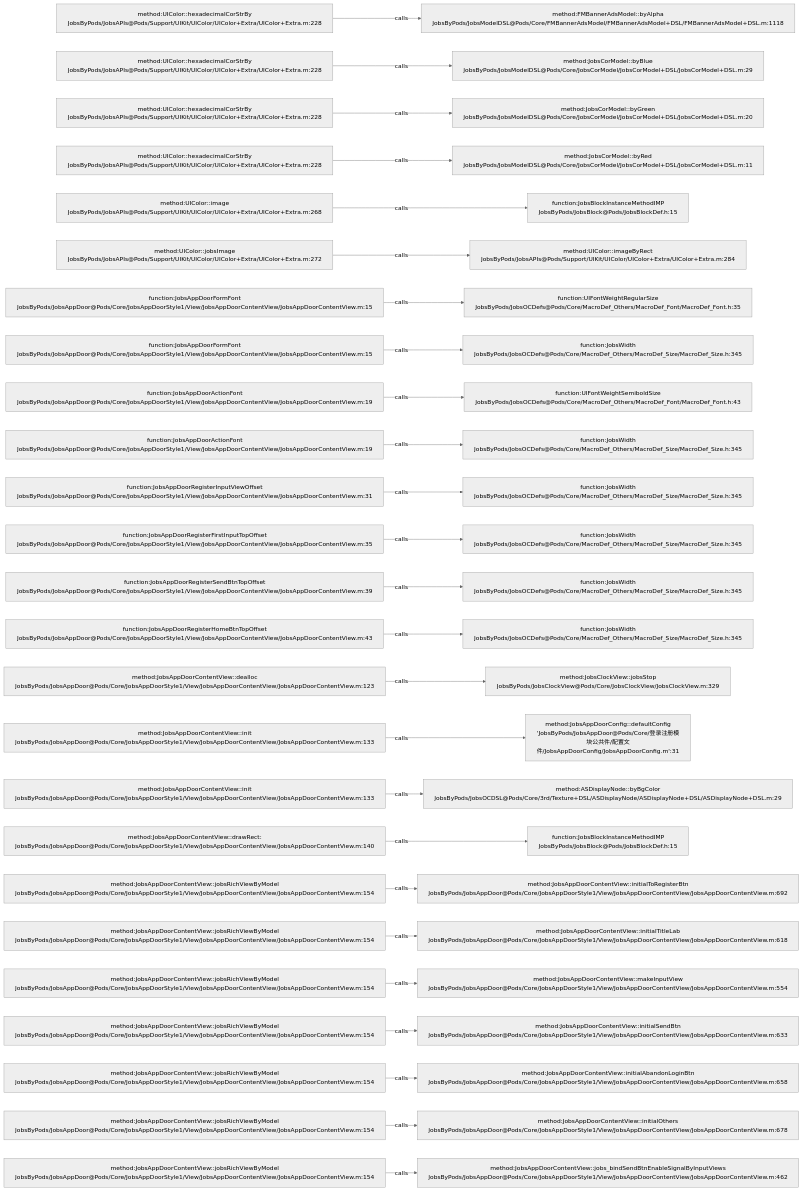
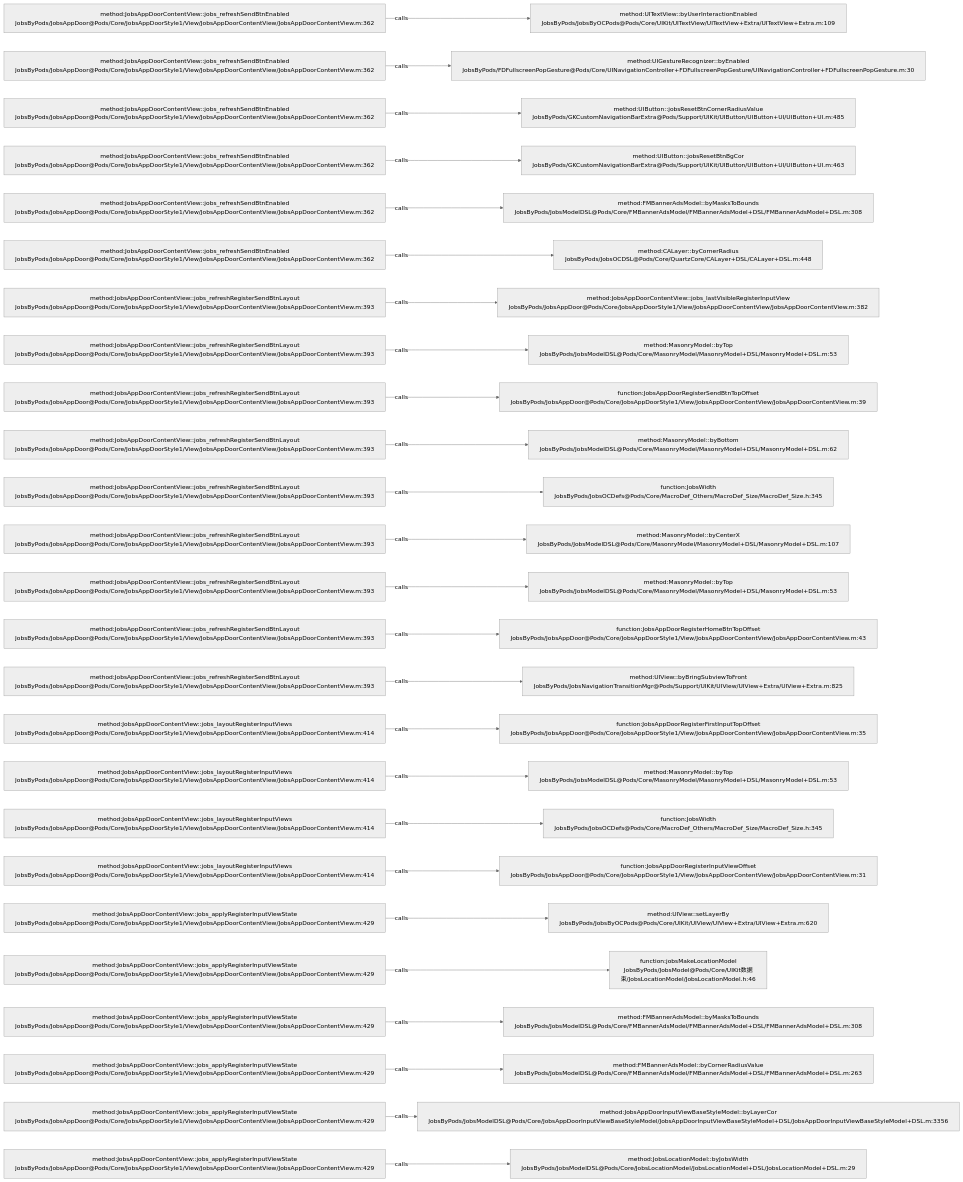
One commit to JobsKits/JobsOCBaseConfigDemo changed the diagram in .codegraph/codegraph.md/graphs/calls-090.md. Above: the diagram before and after it, drawn with Mermaid (neutral theme). The commit also changed 223 other files, not shown here.

````diff
--- a/.codegraph/codegraph.md/graphs/calls-090.md
+++ b/.codegraph/codegraph.md/graphs/calls-090.md
@@ -13,78 +13,78 @@
 ```mermaid
 flowchart LR
-  S1["method:UIColor::hexadecimalCorStrBy<br/>JobsByPods/JobsAPIs@Pods/Support/UIKit/UIColor/UIColor+Extra/UIColor+Extra.m:228"]
-  T1["method:FMBannerAdsModel::byAlpha<br/>JobsByPods/JobsModelDSL@Pods/Core/FMBannerAdsModel/FMBannerAdsModel+DSL/FMBannerAdsModel+DSL.m:1118"]
+  S1["method:JobsAppDoorContentView::jobs_refreshSendBtnEnabled<br/>JobsByPods/JobsAppDoor@Pods/Core/JobsAppDoorStyle1/View/JobsAppDoorContentView/JobsAppDoorContentView.m:362"]
+  T1["method:UITextView::byUserInteractionEnabled<br/>JobsByPods/JobsByOCPods@Pods/Core/UIKit/UITextView/UITextView+Extra/UITextView+Extra.m:109"]
   S1 -->|calls| T1
-  S2["method:UIColor::hexadecimalCorStrBy<br/>JobsByPods/JobsAPIs@Pods/Support/UIKit/UIColor/UIColor+Extra/UIColor+Extra.m:228"]
-  T2["method:JobsCorModel::byBlue<br/>JobsByPods/JobsModelDSL@Pods/Core/JobsCorModel/JobsCorModel+DSL/JobsCorModel+DSL.m:29"]
+  S2["method:JobsAppDoorContentView::jobs_refreshSendBtnEnabled<br/>JobsByPods/JobsAppDoor@Pods/Core/JobsAppDoorStyle1/View/JobsAppDoorContentView/JobsAppDoorContentView.m:362"]
+  T2["method:UIGestureRecognizer::byEnabled<br/>JobsByPods/FDFullscreenPopGesture@Pods/Core/UINavigationController+FDFullscreenPopGesture/UINavigationController+FDFullscreenPopGesture.m:30"]
   S2 -->|calls| T2
-  S3["method:UIColor::hexadecimalCorStrBy<br/>JobsByPods/JobsAPIs@Pods/Support/UIKit/UIColor/UIColor+Extra/UIColor+Extra.m:228"]
-  T3["method:JobsCorModel::byGreen<br/>JobsByPods/JobsModelDSL@Pods/Core/JobsCorModel/JobsCorModel+DSL/JobsCorModel+DSL.m:20"]
+  S3["method:JobsAppDoorContentView::jobs_refreshSendBtnEnabled<br/>JobsByPods/JobsAppDoor@Pods/Core/JobsAppDoorStyle1/View/JobsAppDoorContentView/JobsAppDoorContentView.m:362"]
+  T3["method:UIButton::jobsResetBtnCornerRadiusValue<br/>JobsByPods/GKCustomNavigationBarExtra@Pods/Support/UIKit/UIButton/UIButton+UI/UIButton+UI.m:485"]
   S3 -->|calls| T3
-  S4["method:UIColor::hexadecimalCorStrBy<br/>JobsByPods/JobsAPIs@Pods/Support/UIKit/UIColor/UIColor+Extra/UIColor+Extra.m:228"]
-  T4["method:JobsCorModel::byRed<br/>JobsByPods/JobsModelDSL@Pods/Core/JobsCorModel/JobsCorModel+DSL/JobsCorModel+DSL.m:11"]
+  S4["method:JobsAppDoorContentView::jobs_refreshSendBtnEnabled<br/>JobsByPods/JobsAppDoor@Pods/Core/JobsAppDoorStyle1/View/JobsAppDoorContentView/JobsAppDoorContentView.m:362"]
+  T4["method:UIButton::jobsResetBtnBgCor<br/>JobsByPods/GKCustomNavigationBarExtra@Pods/Support/UIKit/UIButton/UIButton+UI/UIButton+UI.m:463"]
   S4 -->|calls| T4
-  S5["method:UIColor::image<br/>JobsByPods/JobsAPIs@Pods/Support/UIKit/UIColor/UIColor+Extra/UIColor+Extra.m:268"]
-  T5["function:JobsBlockInstanceMethodIMP<br/>JobsByPods/JobsBlock@Pods/JobsBlockDef.h:15"]
+  S5["method:JobsAppDoorContentView::jobs_refreshSendBtnEnabled<br/>JobsByPods/JobsAppDoor@Pods/Core/JobsAppDoorStyle1/View/JobsAppDoorContentView/JobsAppDoorContentView.m:362"]
+  T5["method:FMBannerAdsModel::byMasksToBounds<br/>JobsByPods/JobsModelDSL@Pods/Core/FMBannerAdsModel/FMBannerAdsModel+DSL/FMBannerAdsModel+DSL.m:308"]
   S5 -->|calls| T5
-  S6["method:UIColor::jobsImage<br/>JobsByPods/JobsAPIs@Pods/Support/UIKit/UIColor/UIColor+Extra/UIColor+Extra.m:272"]
-  T6["method:UIColor::imageByRect<br/>JobsByPods/JobsAPIs@Pods/Support/UIKit/UIColor/UIColor+Extra/UIColor+Extra.m:284"]
+  S6["method:JobsAppDoorContentView::jobs_refreshSendBtnEnabled<br/>JobsByPods/JobsAppDoor@Pods/Core/JobsAppDoorStyle1/View/JobsAppDoorContentView/JobsAppDoorContentView.m:362"]
+  T6["method:CALayer::byCornerRadius<br/>JobsByPods/JobsOCDSL@Pods/Core/QuartzCore/CALayer+DSL/CALayer+DSL.m:448"]
   S6 -->|calls| T6
-  S7["function:JobsAppDoorFormFont<br/>JobsByPods/JobsAppDoor@Pods/Core/JobsAppDoorStyle1/View/JobsAppDoorContentView/JobsAppDoorContentView.m:15"]
-  T7["function:UIFontWeightRegularSize<br/>JobsByPods/JobsOCDefs@Pods/Core/MacroDef_Others/MacroDef_Font/MacroDef_Font.h:35"]
+  S7["method:JobsAppDoorContentView::jobs_refreshRegisterSendBtnLayout<br/>JobsByPods/JobsAppDoor@Pods/Core/JobsAppDoorStyle1/View/JobsAppDoorContentView/JobsAppDoorContentView.m:393"]
+  T7["method:JobsAppDoorContentView::jobs_lastVisibleRegisterInputView<br/>JobsByPods/JobsAppDoor@Pods/Core/JobsAppDoorStyle1/View/JobsAppDoorContentView/JobsAppDoorContentView.m:382"]
   S7 -->|calls| T7
-  S8["function:JobsAppDoorFormFont<br/>JobsByPods/JobsAppDoor@Pods/Core/JobsAppDoorStyle1/View/JobsAppDoorContentView/JobsAppDoorContentView.m:15"]
-  T8["function:JobsWidth<br/>JobsByPods/JobsOCDefs@Pods/Core/MacroDef_Others/MacroDef_Size/MacroDef_Size.h:345"]
+  S8["method:JobsAppDoorContentView::jobs_refreshRegisterSendBtnLayout<br/>JobsByPods/JobsAppDoor@Pods/Core/JobsAppDoorStyle1/View/JobsAppDoorContentView/JobsAppDoorContentView.m:393"]
+  T8["method:MasonryModel::byTop<br/>JobsByPods/JobsModelDSL@Pods/Core/MasonryModel/MasonryModel+DSL/MasonryModel+DSL.m:53"]
   S8 -->|calls| T8
-  S9["function:JobsAppDoorActionFont<br/>JobsByPods/JobsAppDoor@Pods/Core/JobsAppDoorStyle1/View/JobsAppDoorContentView/JobsAppDoorContentView.m:19"]
-  T9["function:UIFontWeightSemiboldSize<br/>JobsByPods/JobsOCDefs@Pods/Core/MacroDef_Others/MacroDef_Font/MacroDef_Font.h:43"]
+  S9["method:JobsAppDoorContentView::jobs_refreshRegisterSendBtnLayout<br/>JobsByPods/JobsAppDoor@Pods/Core/JobsAppDoorStyle1/View/JobsAppDoorContentView/JobsAppDoorContentView.m:393"]
+  T9["function:JobsAppDoorRegisterSendBtnTopOffset<br/>JobsByPods/JobsAppDoor@Pods/Core/JobsAppDoorStyle1/View/JobsAppDoorContentView/JobsAppDoorContentView.m:39"]
   S9 -->|calls| T9
-  S10["function:JobsAppDoorActionFont<br/>JobsByPods/JobsAppDoor@Pods/Core/JobsAppDoorStyle1/View/JobsAppDoorContentView/JobsAppDoorContentView.m:19"]
-  T10["function:JobsWidth<br/>JobsByPods/JobsOCDefs@Pods/Core/MacroDef_Others/MacroDef_Size/MacroDef_Size.h:345"]
+  S10["method:JobsAppDoorContentView::jobs_refreshRegisterSendBtnLayout<br/>JobsByPods/JobsAppDoor@Pods/Core/JobsAppDoorStyle1/View/JobsAppDoorContentView/JobsAppDoorContentView.m:393"]
+  T10["method:MasonryModel::byBottom<br/>JobsByPods/JobsModelDSL@Pods/Core/MasonryModel/MasonryModel+DSL/MasonryModel+DSL.m:62"]
   S10 -->|calls| T10
-  S11["function:JobsAppDoorRegisterInputViewOffset<br/>JobsByPods/JobsAppDoor@Pods/Core/JobsAppDoorStyle1/View/JobsAppDoorContentView/JobsAppDoorContentView.m:31"]
+  S11["method:JobsAppDoorContentView::jobs_refreshRegisterSendBtnLayout<br/>JobsByPods/JobsAppDoor@Pods/Core/JobsAppDoorStyle1/View/JobsAppDoorContentView/JobsAppDoorContentView.m:393"]
   T11["function:JobsWidth<br/>JobsByPods/JobsOCDefs@Pods/Core/MacroDef_Others/MacroDef_Size/MacroDef_Size.h:345"]
   S11 -->|calls| T11
-  S12["function:JobsAppDoorRegisterFirstInputTopOffset<br/>JobsByPods/JobsAppDoor@Pods/Core/JobsAppDoorStyle1/View/JobsAppDoorContentView/JobsAppDoorContentView.m:35"]
-  T12["function:JobsWidth<br/>JobsByPods/JobsOCDefs@Pods/Core/MacroDef_Others/MacroDef_Size/MacroDef_Size.h:345"]
+  S12["method:JobsAppDoorContentView::jobs_refreshRegisterSendBtnLayout<br/>JobsByPods/JobsAppDoor@Pods/Core/JobsAppDoorStyle1/View/JobsAppDoorContentView/JobsAppDoorContentView.m:393"]
+  T12["method:MasonryModel::byCenterX<br/>JobsByPods/JobsModelDSL@Pods/Core/MasonryModel/MasonryModel+DSL/MasonryModel+DSL.m:107"]
   S12 -->|calls| T12
-  S13["function:JobsAppDoorRegisterSendBtnTopOffset<br/>JobsByPods/JobsAppDoor@Pods/Core/JobsAppDoorStyle1/View/JobsAppDoorContentView/JobsAppDoorContentView.m:39"]
-  T13["function:JobsWidth<br/>JobsByPods/JobsOCDefs@Pods/Core/MacroDef_Others/MacroDef_Size/MacroDef_Size.h:345"]
+  S13["method:JobsAppDoorContentView::jobs_refreshRegisterSendBtnLayout<br/>JobsByPods/JobsAppDoor@Pods/Core/JobsAppDoorStyle1/View/JobsAppDoorContentView/JobsAppDoorContentView.m:393"]
+  T13["method:MasonryModel::byTop<br/>JobsByPods/JobsModelDSL@Pods/Core/MasonryModel/MasonryModel+DSL/MasonryModel+DSL.m:53"]
   S13 -->|calls| T13
-  S14["function:JobsAppDoorRegisterHomeBtnTopOffset<br/>JobsByPods/JobsAppDoor@Pods/Core/JobsAppDoorStyle1/View/JobsAppDoorContentView/JobsAppDoorContentView.m:43"]
-  T14["function:JobsWidth<br/>JobsByPods/JobsOCDefs@Pods/Core/MacroDef_Others/MacroDef_Size/MacroDef_Size.h:345"]
+  S14["method:JobsAppDoorContentView::jobs_refreshRegisterSendBtnLayout<br/>JobsByPods/JobsAppDoor@Pods/Core/JobsAppDoorStyle1/View/JobsAppDoorContentView/JobsAppDoorContentView.m:393"]
+  T14["function:JobsAppDoorRegisterHomeBtnTopOffset<br/>JobsByPods/JobsAppDoor@Pods/Core/JobsAppDoorStyle1/View/JobsAppDoorContentView/JobsAppDoorContentView.m:43"]
   S14 -->|calls| T14
-  S15["method:JobsAppDoorContentView::dealloc<br/>JobsByPods/JobsAppDoor@Pods/Core/JobsAppDoorStyle1/View/JobsAppDoorContentView/JobsAppDoorContentView.m:123"]
-  T15["method:JobsClockView::jobsStop<br/>JobsByPods/JobsClockView@Pods/Core/JobsClockView/JobsClockView.m:329"]
+  S15["method:JobsAppDoorContentView::jobs_refreshRegisterSendBtnLayout<br/>JobsByPods/JobsAppDoor@Pods/Core/JobsAppDoorStyle1/View/JobsAppDoorContentView/JobsAppDoorContentView.m:393"]
+  T15["method:UIView::byBringSubviewToFront<br/>JobsByPods/JobsNavigationTransitionMgr@Pods/Support/UIKit/UIView/UIView+Extra/UIView+Extra.m:825"]
   S15 -->|calls| T15
-  S16["method:JobsAppDoorContentView::init<br/>JobsByPods/JobsAppDoor@Pods/Core/JobsAppDoorStyle1/View/JobsAppDoorContentView/JobsAppDoorContentView.m:133"]
-  T16["method:JobsAppDoorConfig::defaultConfig<br/>'JobsByPods/JobsAppDoor@Pods/Core/登录注册模块公共件/配置文件/JobsAppDoorConfig/JobsAppDoorConfig.m':31"]
+  S16["method:JobsAppDoorContentView::jobs_layoutRegisterInputViews<br/>JobsByPods/JobsAppDoor@Pods/Core/JobsAppDoorStyle1/View/JobsAppDoorContentView/JobsAppDoorContentView.m:414"]
+  T16["function:JobsAppDoorRegisterFirstInputTopOffset<br/>JobsByPods/JobsAppDoor@Pods/Core/JobsAppDoorStyle1/View/JobsAppDoorContentView/JobsAppDoorContentView.m:35"]
   S16 -->|calls| T16
-  S17["method:JobsAppDoorContentView::init<br/>JobsByPods/JobsAppDoor@Pods/Core/JobsAppDoorStyle1/View/JobsAppDoorContentView/JobsAppDoorContentView.m:133"]
-  T17["method:ASDisplayNode::byBgColor<br/>JobsByPods/JobsOCDSL@Pods/Core/3rd/Texture+DSL/ASDisplayNode/ASDisplayNode+DSL/ASDisplayNode+DSL.m:29"]
+  S17["method:JobsAppDoorContentView::jobs_layoutRegisterInputViews<br/>JobsByPods/JobsAppDoor@Pods/Core/JobsAppDoorStyle1/View/JobsAppDoorContentView/JobsAppDoorContentView.m:414"]
+  T17["method:MasonryModel::byTop<br/>JobsByPods/JobsModelDSL@Pods/Core/MasonryModel/MasonryModel+DSL/MasonryModel+DSL.m:53"]
   S17 -->|calls| T17
-  S18["method:JobsAppDoorContentView::drawRect:<br/>JobsByPods/JobsAppDoor@Pods/Core/JobsAppDoorStyle1/View/JobsAppDoorContentView/JobsAppDoorContentView.m:140"]
-  T18["function:JobsBlockInstanceMethodIMP<br/>JobsByPods/JobsBlock@Pods/JobsBlockDef.h:15"]
+  S18["method:JobsAppDoorContentView::jobs_layoutRegisterInputViews<br/>JobsByPods/JobsAppDoor@Pods/Core/JobsAppDoorStyle1/View/JobsAppDoorContentView/JobsAppDoorContentView.m:414"]
+  T18["function:JobsWidth<br/>JobsByPods/JobsOCDefs@Pods/Core/MacroDef_Others/MacroDef_Size/MacroDef_Size.h:345"]
   S18 -->|calls| T18
-  S19["method:JobsAppDoorContentView::jobsRichViewByModel<br/>JobsByPods/JobsAppDoor@Pods/Core/JobsAppDoorStyle1/View/JobsAppDoorContentView/JobsAppDoorContentView.m:154"]
-  T19["method:JobsAppDoorContentView::initialToRegisterBtn<br/>JobsByPods/JobsAppDoor@Pods/Core/JobsAppDoorStyle1/View/JobsAppDoorContentView/JobsAppDoorContentView.m:692"]
+  S19["method:JobsAppDoorContentView::jobs_layoutRegisterInputViews<br/>JobsByPods/JobsAppDoor@Pods/Core/JobsAppDoorStyle1/View/JobsAppDoorContentView/JobsAppDoorContentView.m:414"]
+  T19["function:JobsAppDoorRegisterInputViewOffset<br/>JobsByPods/JobsAppDoor@Pods/Core/JobsAppDoorStyle1/View/JobsAppDoorContentView/JobsAppDoorContentView.m:31"]
   S19 -->|calls| T19
-  S20["method:JobsAppDoorContentView::jobsRichViewByModel<br/>JobsByPods/JobsAppDoor@Pods/Core/JobsAppDoorStyle1/View/JobsAppDoorContentView/JobsAppDoorContentView.m:154"]
-  T20["method:JobsAppDoorContentView::initialTitleLab<br/>JobsByPods/JobsAppDoor@Pods/Core/JobsAppDoorStyle1/View/JobsAppDoorContentView/JobsAppDoorContentView.m:618"]
+  S20["method:JobsAppDoorContentView::jobs_applyRegisterInputViewState<br/>JobsByPods/JobsAppDoor@Pods/Core/JobsAppDoorStyle1/View/JobsAppDoorContentView/JobsAppDoorContentView.m:429"]
+  T20["method:UIView::setLayerBy<br/>JobsByPods/JobsByOCPods@Pods/Core/UIKit/UIView/UIView+Extra/UIView+Extra.m:620"]
   S20 -->|calls| T20
-  S21["method:JobsAppDoorContentView::jobsRichViewByModel<br/>JobsByPods/JobsAppDoor@Pods/Core/JobsAppDoorStyle1/View/JobsAppDoorContentView/JobsAppDoorContentView.m:154"]
-  T21["method:JobsAppDoorContentView::makeInputView<br/>JobsByPods/JobsAppDoor@Pods/Core/JobsAppDoorStyle1/View/JobsAppDoorContentView/JobsAppDoorContentView.m:554"]
+  S21["method:JobsAppDoorContentView::jobs_applyRegisterInputViewState<br/>JobsByPods/JobsAppDoor@Pods/Core/JobsAppDoorStyle1/View/JobsAppDoorContentView/JobsAppDoorContentView.m:429"]
+  T21["function:jobsMakeLocationModel<br/>JobsByPods/JobsModel@Pods/Core/UIKit数据束/JobsLocationModel/JobsLocationModel.h:46"]
   S21 -->|calls| T21
-  S22["method:JobsAppDoorContentView::jobsRichViewByModel<br/>JobsByPods/JobsAppDoor@Pods/Core/JobsAppDoorStyle1/View/JobsAppDoorContentView/JobsAppDoorContentView.m:154"]
-  T22["method:JobsAppDoorContentView::initialSendBtn<br/>JobsByPods/JobsAppDoor@Pods/Core/JobsAppDoorStyle1/View/JobsAppDoorContentView/JobsAppDoorContentView.m:633"]
+  S22["method:JobsAppDoorContentView::jobs_applyRegisterInputViewState<br/>JobsByPods/JobsAppDoor@Pods/Core/JobsAppDoorStyle1/View/JobsAppDoorContentView/JobsAppDoorContentView.m:429"]
+  T22["method:FMBannerAdsModel::byMasksToBounds<br/>JobsByPods/JobsModelDSL@Pods/Core/FMBannerAdsModel/FMBannerAdsModel+DSL/FMBannerAdsModel+DSL.m:308"]
   S22 -->|calls| T22
-  S23["method:JobsAppDoorContentView::jobsRichViewByModel<br/>JobsByPods/JobsAppDoor@Pods/Core/JobsAppDoorStyle1/View/JobsAppDoorContentView/JobsAppDoorContentView.m:154"]
-  T23["method:JobsAppDoorContentView::initialAbandonLoginBtn<br/>JobsByPods/JobsAppDoor@Pods/Core/JobsAppDoorStyle1/View/JobsAppDoorContentView/JobsAppDoorContentView.m:658"]
+  S23["method:JobsAppDoorContentView::jobs_applyRegisterInputViewState<br/>JobsByPods/JobsAppDoor@Pods/Core/JobsAppDoorStyle1/View/JobsAppDoorContentView/JobsAppDoorContentView.m:429"]
+  T23["method:FMBannerAdsModel::byCornerRadiusValue<br/>JobsByPods/JobsModelDSL@Pods/Core/FMBannerAdsModel/FMBannerAdsModel+DSL/FMBannerAdsModel+DSL.m:263"]
   S23 -->|calls| T23
-  S24["method:JobsAppDoorContentView::jobsRichViewByModel<br/>JobsByPods/JobsAppDoor@Pods/Core/JobsAppDoorStyle1/View/JobsAppDoorContentView/JobsAppDoorContentView.m:154"]
-  T24["method:JobsAppDoorContentView::initialOthers<br/>JobsByPods/JobsAppDoor@Pods/Core/JobsAppDoorStyle1/View/JobsAppDoorContentView/JobsAppDoorContentView.m:678"]
+  S24["method:JobsAppDoorContentView::jobs_applyRegisterInputViewState<br/>JobsByPods/JobsAppDoor@Pods/Core/JobsAppDoorStyle1/View/JobsAppDoorContentView/JobsAppDoorContentView.m:429"]
+  T24["method:JobsAppDoorInputViewBaseStyleModel::byLayerCor<br/>JobsByPods/JobsModelDSL@Pods/Core/JobsAppDoorInputViewBaseStyleModel/JobsAppDoorInputViewBaseStyleModel+DSL/JobsAppDoorInputViewBaseStyleModel+DSL.m:3356"]
   S24 -->|calls| T24
-  S25["method:JobsAppDoorContentView::jobsRichViewByModel<br/>JobsByPods/JobsAppDoor@Pods/Core/JobsAppDoorStyle1/View/JobsAppDoorContentView/JobsAppDoorContentView.m:154"]
-  T25["method:JobsAppDoorContentView::jobs_bindSendBtnEnableSignalByInputViews<br/>JobsByPods/JobsAppDoor@Pods/Core/JobsAppDoorStyle1/View/JobsAppDoorContentView/JobsAppDoorContentView.m:462"]
+  S25["method:JobsAppDoorContentView::jobs_applyRegisterInputViewState<br/>JobsByPods/JobsAppDoor@Pods/Core/JobsAppDoorStyle1/View/JobsAppDoorContentView/JobsAppDoorContentView.m:429"]
+  T25["method:JobsLocationModel::byJobsWidth<br/>JobsByPods/JobsModelDSL@Pods/Core/JobsLocationModel/JobsLocationModel+DSL/JobsLocationModel+DSL.m:29"]
   S25 -->|calls| T25
 ```
````
